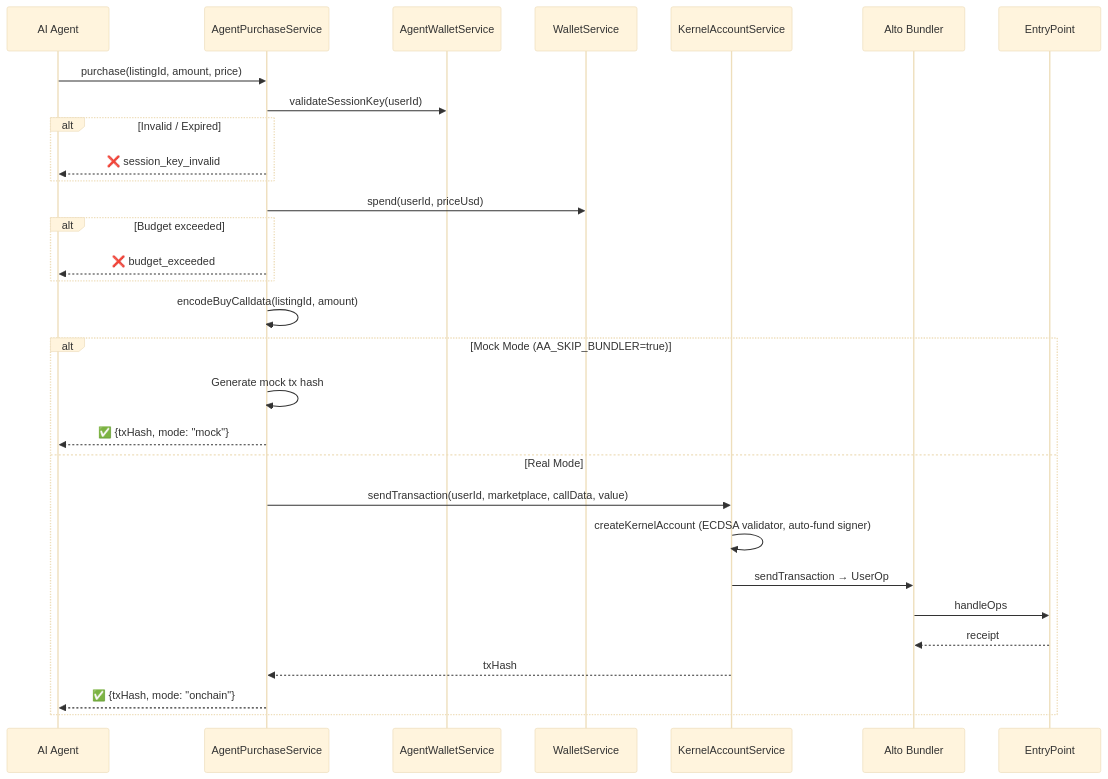
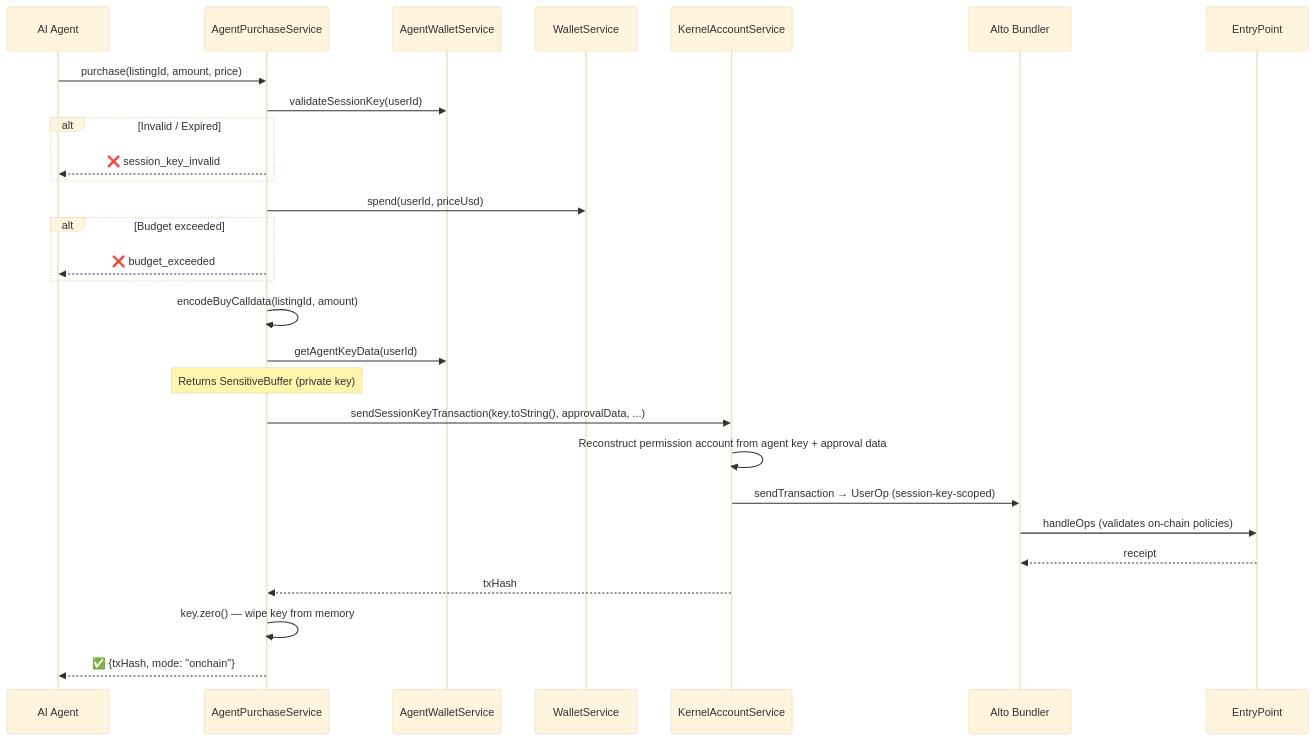
The fifth of 5 diagrams in docs/account-abstraction.md (akoita/resonate), drawn with Mermaid (base theme) before and after one commit. The commit also changed other lines of this file and 84 other files, not shown here.

````diff
--- a/docs/account-abstraction.md
+++ b/docs/account-abstraction.md
@@ -229,34 +250,32 @@
 ```mermaid
 sequenceDiagram
     participant A as AI Agent
     participant APS as AgentPurchaseService
     participant AWS as AgentWalletService
     participant WS as WalletService
     participant KAS as KernelAccountService
     participant B as Alto Bundler
     participant EP as EntryPoint
 
     A->>APS: purchase(listingId, amount, price)
     APS->>AWS: validateSessionKey(userId)
     alt Invalid / Expired
         APS-->>A: ❌ session_key_invalid
     end
     APS->>WS: spend(userId, priceUsd)
     alt Budget exceeded
         APS-->>A: ❌ budget_exceeded
     end
     APS->>APS: encodeBuyCalldata(listingId, amount)
 
-    alt Mock Mode (AA_SKIP_BUNDLER=true)
-        APS->>APS: Generate mock tx hash
-        APS-->>A: ✅ {txHash, mode: "mock"}
-    else Real Mode
-        APS->>KAS: sendTransaction(userId, marketplace, callData, value)
-        KAS->>KAS: createKernelAccount (ECDSA validator, auto-fund signer)
-        KAS->>B: sendTransaction → UserOp
-        B->>EP: handleOps
-        EP-->>B: receipt
-        KAS-->>APS: txHash
-        APS-->>A: ✅ {txHash, mode: "onchain"}
-    end
+    APS->>AWS: getAgentKeyData(userId)
+    Note over APS: Returns SensitiveBuffer (private key)
+    APS->>KAS: sendSessionKeyTransaction(key.toString(), approvalData, ...)
+    KAS->>KAS: Reconstruct permission account from agent key + approval data
+    KAS->>B: sendTransaction → UserOp (session-key-scoped)
+    B->>EP: handleOps (validates on-chain policies)
+    EP-->>B: receipt
+    KAS-->>APS: txHash
+    APS->>APS: key.zero() — wipe key from memory
+    APS-->>A: ✅ {txHash, mode: "onchain"}
 ```
````
